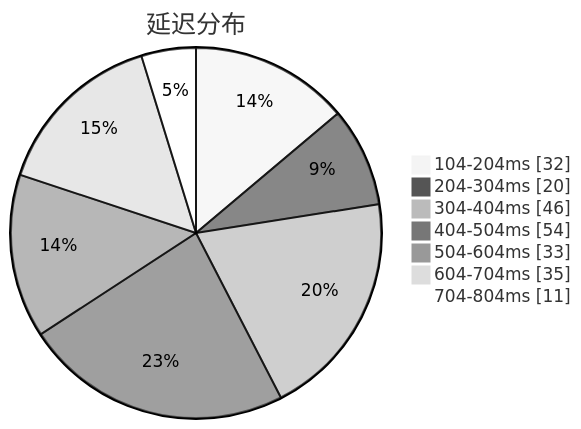
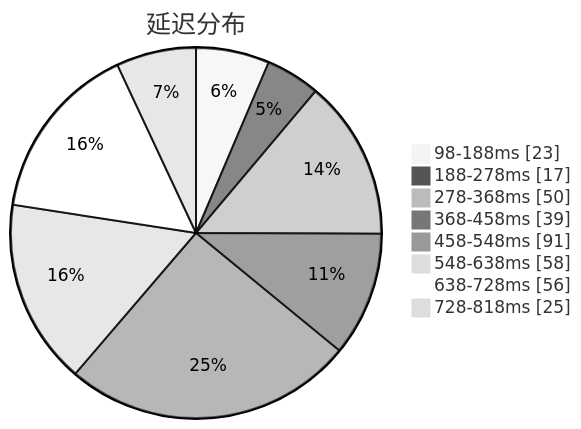
Before and after one commit to sinspired/airport: the first of 3 diagrams in subs/statistics/tested_within.md, drawn with Mermaid (neutral theme). The commit also changed other lines of this file and 2 other files, not shown here.

````diff
--- a/subs/statistics/tested_within.md
+++ b/subs/statistics/tested_within.md
@@ -2,11 +2,12 @@
 ```mermaid
 pie showData
 title 延迟分布
-"104-204ms" : 32
-"204-304ms" : 20
-"304-404ms" : 46
-"404-504ms" : 54
-"504-604ms" : 33
-"604-704ms" : 35
-"704-804ms" : 11
+"98-188ms" : 23
+"188-278ms" : 17
+"278-368ms" : 50
+"368-458ms" : 39
+"458-548ms" : 91
+"548-638ms" : 58
+"638-728ms" : 56
+"728-818ms" : 25
 ```
````
